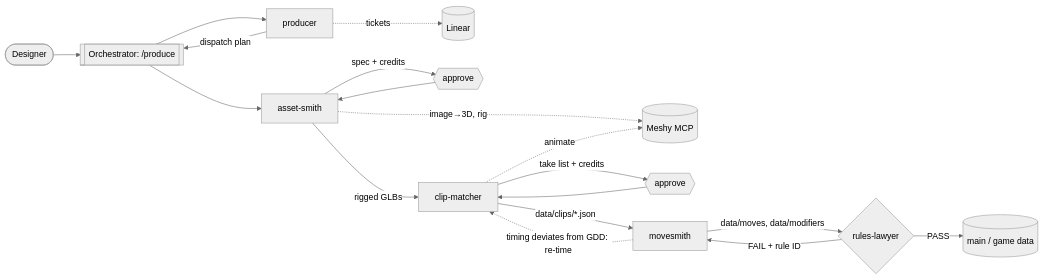
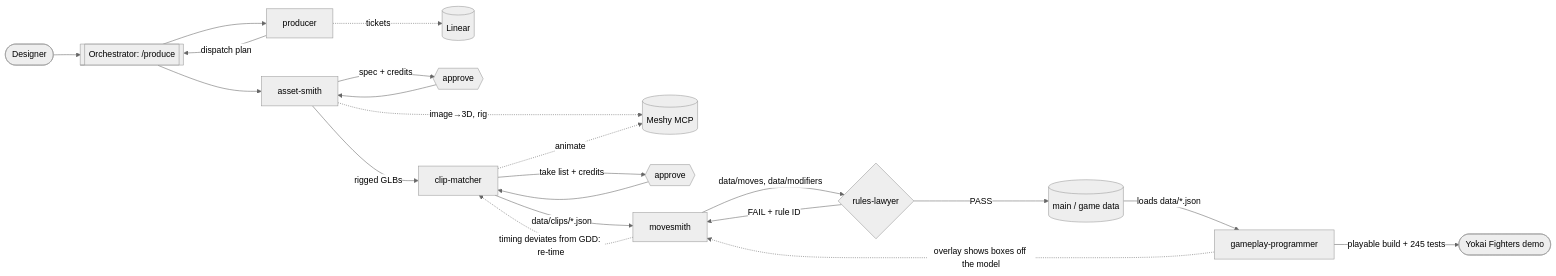
Before and after one commit to Andreas203/yokai-fighters: the diagram in assignments/assignment-3-agent-crew/README.md, drawn with Mermaid (neutral theme). The commit also changed other lines of this file and 4 other files, not shown here.

First line of the commit message:
YOK-assignment-3-update: add gameplay-programmer as the sixth crew agent

````diff
--- a/assignments/assignment-3-agent-crew/README.md
+++ b/assignments/assignment-3-agent-crew/README.md
@@ -35,16 +36,19 @@
 ```mermaid
 flowchart LR
     D([Designer]) --> O[[Orchestrator: /produce]]
     O --> P[producer] -->|dispatch plan| O
     P -.->|tickets| LIN[(Linear)]
     O --> AS[asset-smith] -->|spec + credits| G1{{approve}} --> AS
     AS -.->|image→3D, rig| MESHY[(Meshy MCP)]
     AS -->|rigged GLBs| CM[clip-matcher]
     CM -->|take list + credits| G2{{approve}} --> CM
     CM -.->|animate| MESHY
     CM -->|data/clips/*.json| MS[movesmith]
     MS -->|data/moves, data/modifiers| RL{rules-lawyer}
     MS -.->|timing deviates from GDD: re-time| CM
     RL -->|FAIL + rule ID| MS
     RL -->|PASS| MAIN[(main / game data)]
+    MAIN -->|loads data/*.json| GP[gameplay-programmer]
+    GP -->|playable build + 245 tests| GAME([Yokai Fighters demo])
+    GP -.->|overlay shows boxes off the model| MS
 ```
````
